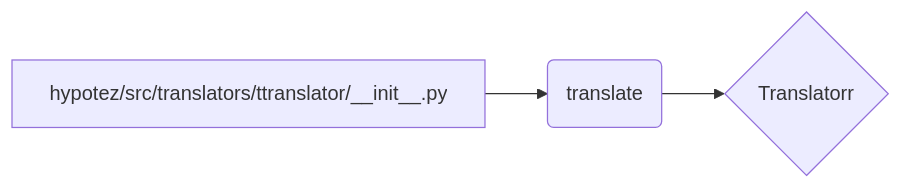
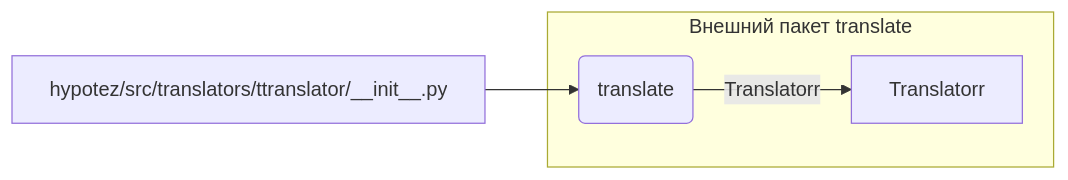
The second of 2 diagrams in docs/gemini/ru/explainer/src/translators/ttranslator/__init__.md (hypo69/hypo), drawn with Mermaid before and after one commit. The commit also changed other lines of this file and 311 other files, not shown here.

````diff
--- a/docs/gemini/ru/explainer/src/translators/ttranslator/__init__.md
+++ b/docs/gemini/ru/explainer/src/translators/ttranslator/__init__.md
@@ -61,5 +66,7 @@
 ```mermaid
 graph LR
     A[hypotez/src/translators/ttranslator/__init__.py] --> B(translate);
-    B --> C{Translatorr};
+    subgraph "Внешний пакет translate"
+        B -- Translatorr --> C[Translatorr];
+    end
 ```
````
